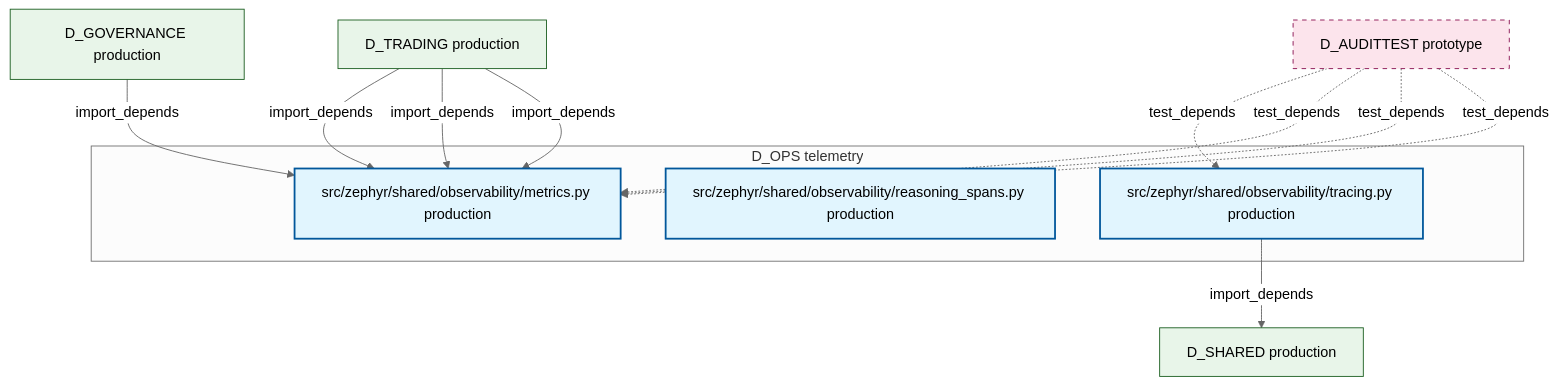
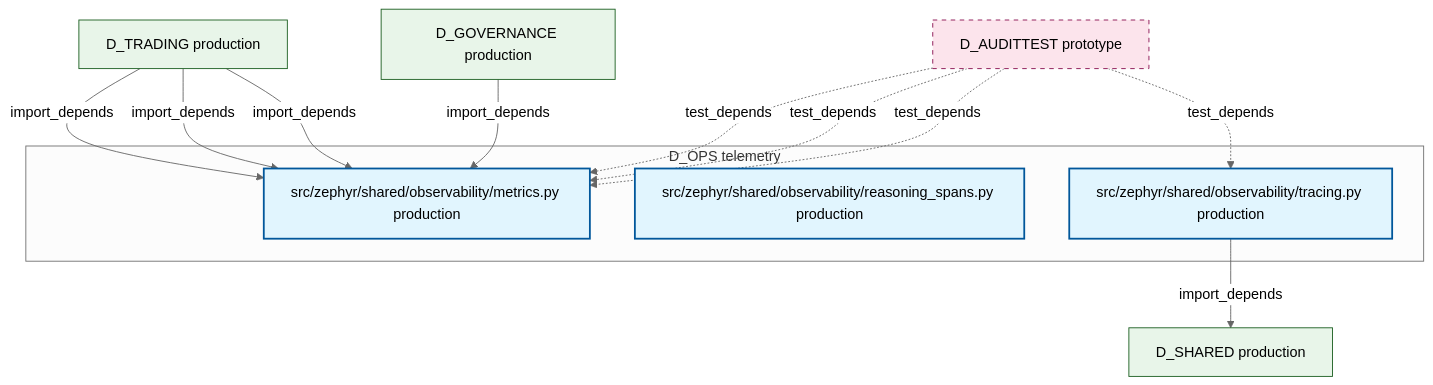
Before and after one commit to xuanFelixVan/ZephyrAlpha: the diagram in docs/02_enterprise_architecture/02_domain_architecture_docs/15_d_ops.md, drawn with Mermaid (neutral theme). The commit also changed other lines of this file and 99 other files, not shown here.

````diff
--- a/docs/02_enterprise_architecture/02_domain_architecture_docs/15_d_ops.md
+++ b/docs/02_enterprise_architecture/02_domain_architecture_docs/15_d_ops.md
@@ -47,28 +47,28 @@
 ```mermaid
 graph TD
     subgraph D_OPS["D_OPS telemetry"]
         src_zephyr_shared_observability_metrics_py["src/zephyr/shared/observability/metrics.py production"]
         src_zephyr_shared_observability_reasoning_spans_py["src/zephyr/shared/observability/reasoning_spans.py production"]
         src_zephyr_shared_observability_tracing_py["src/zephyr/shared/observability/tracing.py production"]
     end
     D_SHARED["D_SHARED production"]
     src_zephyr_shared_observability_tracing_py -->|import_depends| D_SHARED
     D_AUDITTEST["D_AUDITTEST prototype"]
     D_AUDITTEST -.->|test_depends| src_zephyr_shared_observability_tracing_py
+    D_AUDITTEST -.->|test_depends| src_zephyr_shared_observability_metrics_py
     D_TRADING["D_TRADING production"]
-    D_TRADING -->|import_depends| src_zephyr_shared_observability_metrics_py
     D_TRADING -->|import_depends| src_zephyr_shared_observability_metrics_py
     D_GOVERNANCE["D_GOVERNANCE production"]
     D_GOVERNANCE -->|import_depends| src_zephyr_shared_observability_metrics_py
     D_AUDITTEST -.->|test_depends| src_zephyr_shared_observability_metrics_py
     D_AUDITTEST -.->|test_depends| src_zephyr_shared_observability_metrics_py
-    D_AUDITTEST -.->|test_depends| src_zephyr_shared_observability_metrics_py
+    D_TRADING -->|import_depends| src_zephyr_shared_observability_metrics_py
     D_TRADING -->|import_depends| src_zephyr_shared_observability_metrics_py
     classDef production fill:#e1f5fe,stroke:#01579b,stroke-width:2px,color:#000
     classDef design fill:#fff3e0,stroke:#e65100,stroke-width:2px,color:#000,stroke-dasharray: 5 5
     classDef external_prod fill:#e8f5e9,stroke:#1b5e20,stroke-width:1px,color:#000
     classDef external_design fill:#fce4ec,stroke:#880e4f,stroke-width:1px,color:#000,stroke-dasharray: 5 5
     class src_zephyr_shared_observability_metrics_py,src_zephyr_shared_observability_reasoning_spans_py,src_zephyr_shared_observability_tracing_py production
     class D_SHARED,D_TRADING,D_GOVERNANCE external_prod
     class D_AUDITTEST external_design
 ```
````
